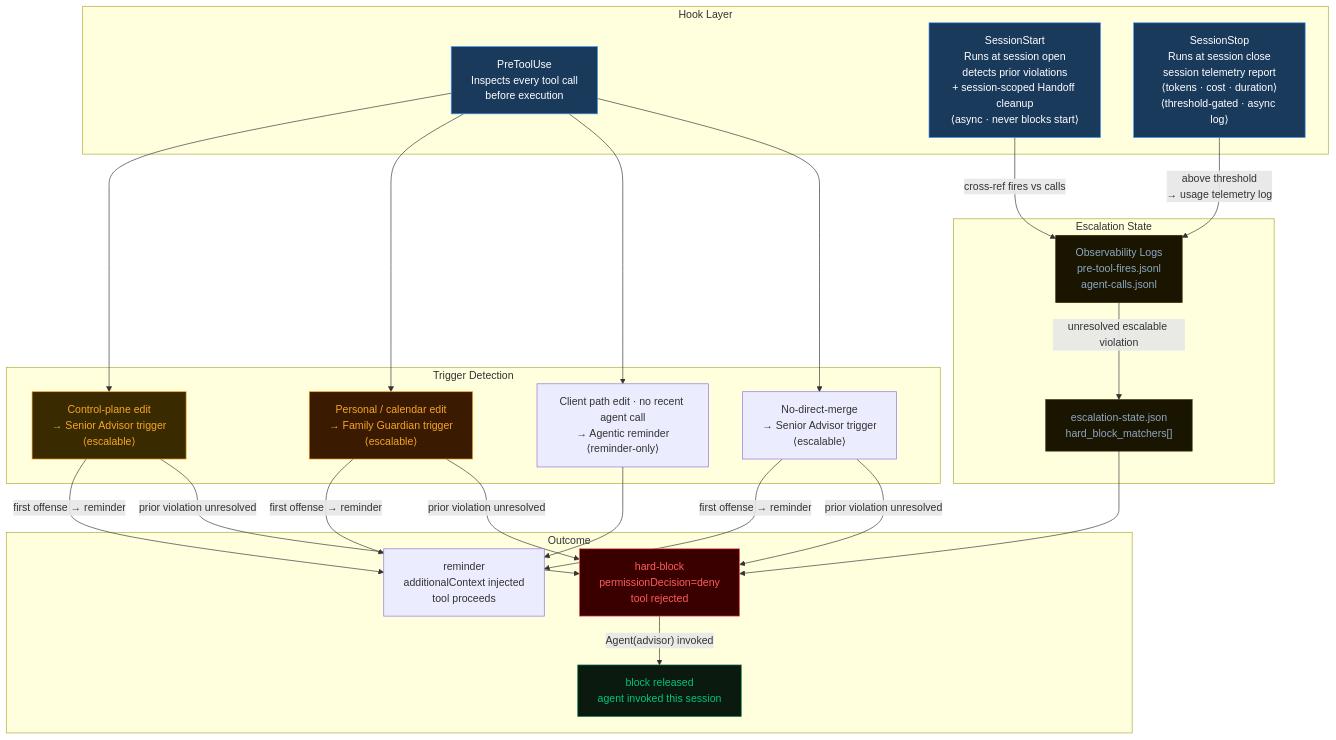
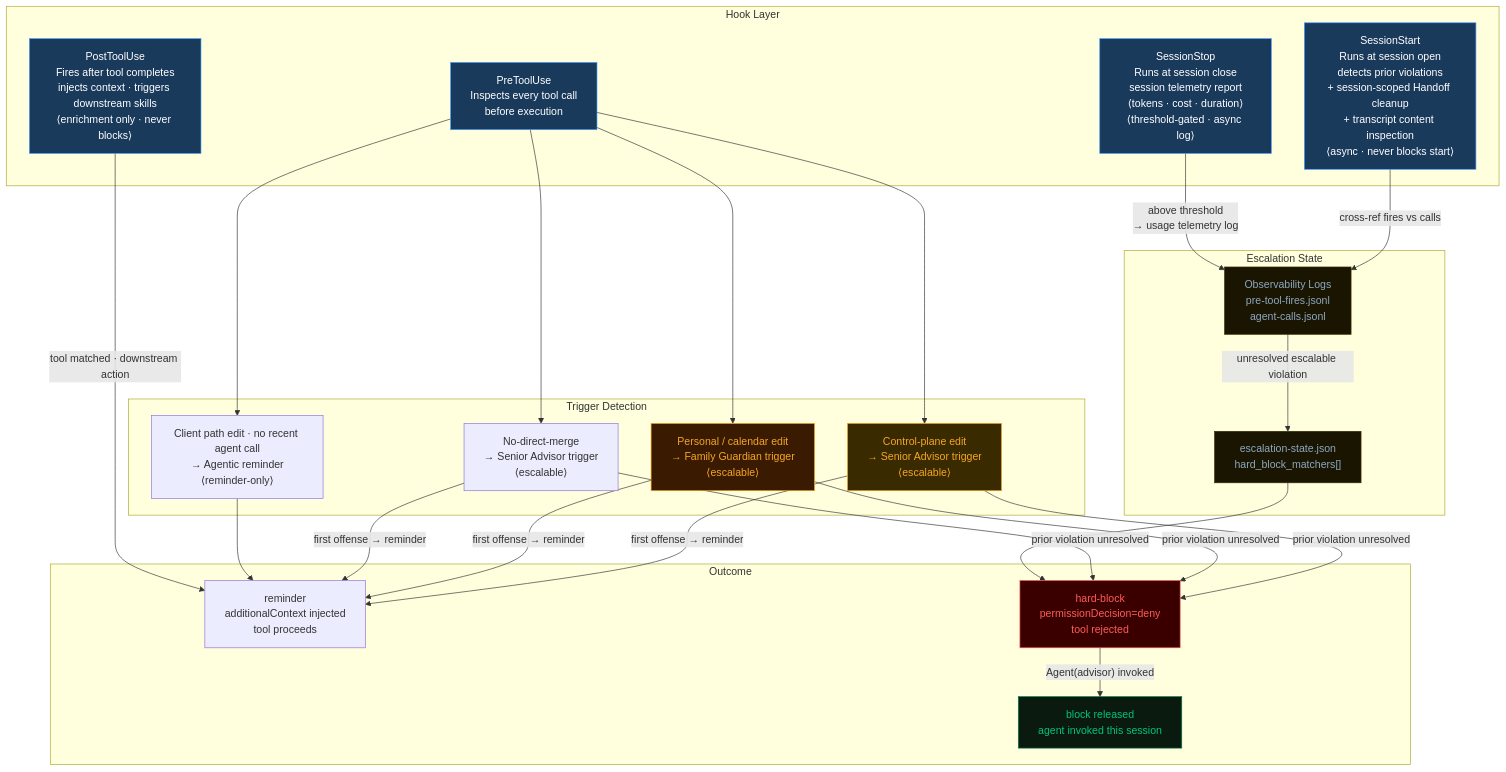
Before and after one commit to DScardini91/agentic-os: the eighth of 10 diagrams in ARCHITECTURE.md, drawn with Mermaid. The commit also changed other lines of this file, not shown here.

Commit message:
arch: weekly sync 2026-W27 — PostToolUse hook + skill boundary contracts
Two architectural additions from W27 kowalski-os evolution:

1. Section 8 (Enforcement Layer): add PostToolUse hook node to Mermaid diagram.
   PostToolUse fires after tool completes — enrichment only, never blocks.
   Also updated SessionStart description to reflect transcript content inspection.

2. Design Principles: two new entries
   - "Skill boundary contracts": every skill must declare when NOT to invoke it,
     with named redirects. Negative boundary is as load-bearing as positive trigger.
     Formalized after 59-skill audit (W27) identified consistent scope-bleed.
   - "PostToolUse as enrichment hook": fourth hook lifecycle phase, distinct from
     PreToolUse (gates) — PostToolUse enriches. Pattern: detect completed tool,
     extract output, inject downstream skill instruction automatically.

````diff
--- a/ARCHITECTURE.md
+++ b/ARCHITECTURE.md
@@ -375,46 +375,49 @@
 ```mermaid
 flowchart TD
     subgraph Hooks ["Hook Layer"]
         PTE["PreToolUse\nInspects every tool call\nbefore execution"]
-        SSV["SessionStart\nRuns at session open\ndetects prior violations\n+ session-scoped Handoff cleanup\n⟨async · never blocks start⟩"]
+        PTU["PostToolUse\nFires after tool completes\ninjects context · triggers downstream skills\n⟨enrichment only · never blocks⟩"]
+        SSV["SessionStart\nRuns at session open\ndetects prior violations\n+ session-scoped Handoff cleanup\n+ transcript content inspection\n⟨async · never blocks start⟩"]
         STP["SessionStop\nRuns at session close\nsession telemetry report\n⟨tokens · cost · duration⟩\n⟨threshold-gated · async log⟩"]
     end
 
     subgraph Detect ["Trigger Detection"]
         T1["Control-plane edit\n→ Senior Advisor trigger\n⟨escalable⟩"]
         T2["Personal / calendar edit\n→ Family Guardian trigger\n⟨escalable⟩"]
         T3["Client path edit · no recent agent call\n→ Agentic reminder\n⟨reminder-only⟩"]
         T4["No-direct-merge\n→ Senior Advisor trigger\n⟨escalable⟩"]
     end
 
     subgraph State ["Escalation State"]
         ESC["escalation-state.json\nhard_block_matchers[]"]
         OBS["Observability Logs\npre-tool-fires.jsonl\nagent-calls.jsonl"]
     end
 
     subgraph Outcome ["Outcome"]
         REM["reminder\nadditionalContext injected\ntool proceeds"]
         BLK["hard-block\npermissionDecision=deny\ntool rejected"]
         REL["block released\nagent invoked this session"]
     end
 
     PTE --> T1 & T2 & T3 & T4
     T1 & T2 & T4 -->|"first offense → reminder"| REM
     T1 & T2 & T4 -->|"prior violation unresolved"| BLK
     T3 --> REM
+    PTU -->|"tool matched · downstream action"| REM
     SSV -->|"cross-ref fires vs calls"| OBS
     STP -->|"above threshold\n→ usage telemetry log"| OBS
     OBS -->|"unresolved escalable violation"| ESC
     ESC --> BLK
     BLK -->|"Agent(advisor) invoked"| REL
 
     style PTE fill:#1A3A5C,stroke:#4A9EFF,color:#fff
+    style PTU fill:#1A3A5C,stroke:#4A9EFF,color:#fff
     style SSV fill:#1A3A5C,stroke:#4A9EFF,color:#fff
     style STP fill:#1A3A5C,stroke:#4A9EFF,color:#fff
     style T1 fill:#3A2A00,stroke:#F5A623,color:#F5A623
     style T2 fill:#3A1A00,stroke:#F5A623,color:#F5A623
     style BLK fill:#3A0000,stroke:#FF5B5B,color:#FF5B5B
     style REL fill:#0A1A0F,stroke:#007A4D,color:#00C47A
     style ESC fill:#1A1500,stroke:#3A2A00,color:#8CA8C0
     style OBS fill:#1A1500,stroke:#3A2A00,color:#8CA8C0
 ```
````
